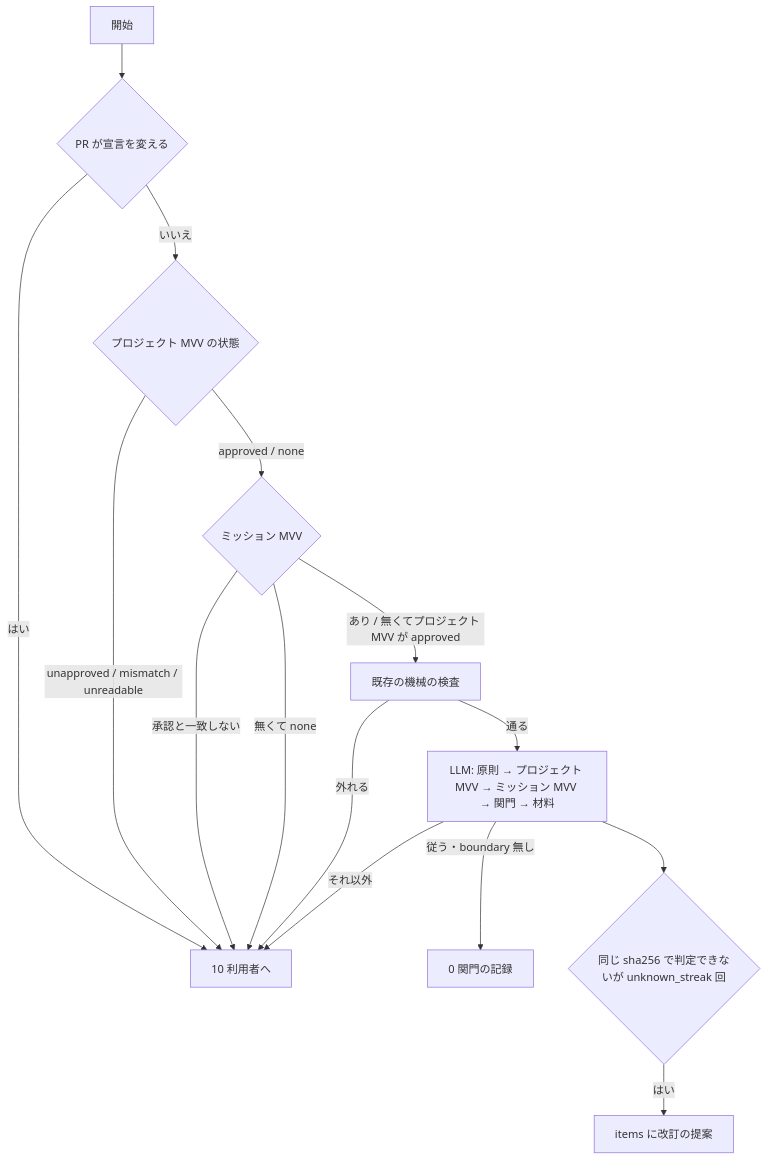
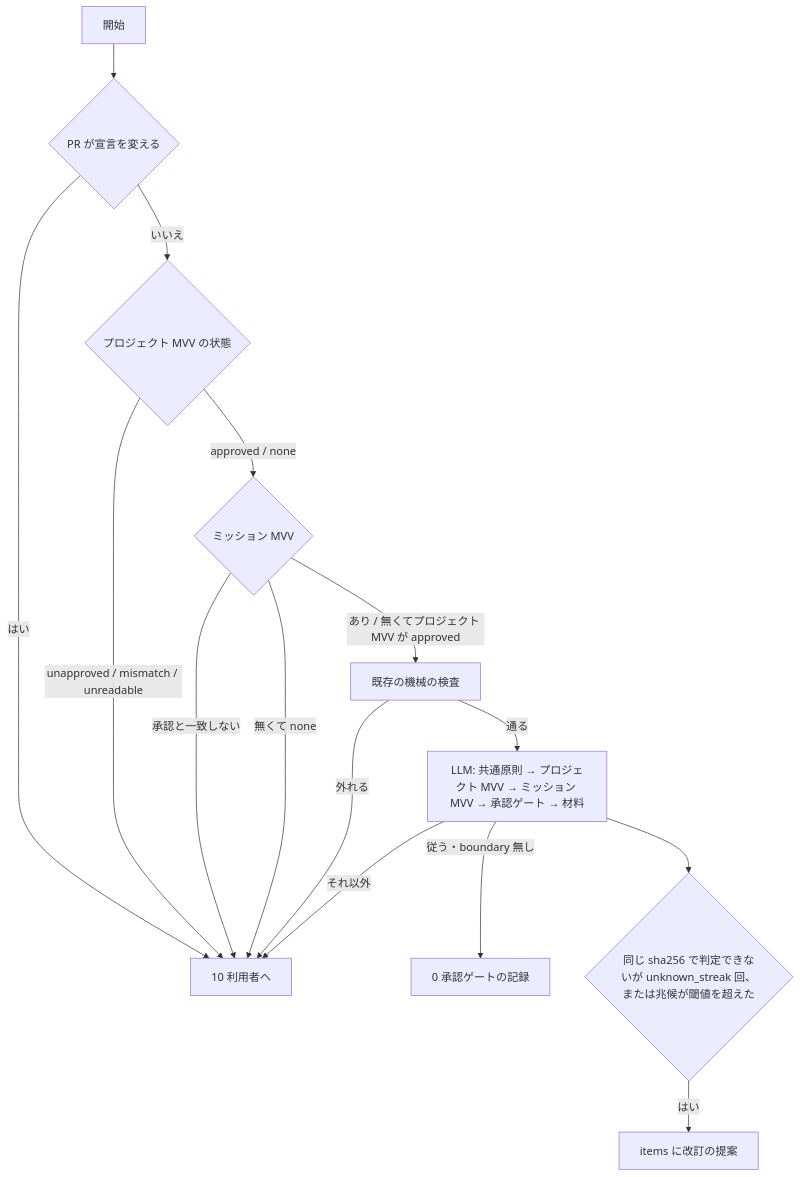
The fifth of 8 diagrams in issues/issue-1366-design.md (devbasex/ai-plugins), drawn with Mermaid before and after one commit. The commit also changed other lines of this file and 6 other files, not shown here.

````diff
--- a/issues/issue-1366-design.md
+++ b/issues/issue-1366-design.md
@@ -424,17 +452,17 @@
 ```mermaid
 graph TD
     A[開始] --> P{PR が宣言を変える}
     P -->|はい| X[10 利用者へ]
     P -->|いいえ| S{プロジェクト MVV の状態}
     S -->|unapproved / mismatch / unreadable| X
     S -->|approved / none| M{ミッション MVV}
     M -->|承認と一致しない| X
     M -->|あり / 無くてプロジェクト MVV が approved| B[既存の機械の検査]
     M -->|無くて none| X
     B -->|外れる| X
-    B -->|通る| L[LLM: 原則 → プロジェクト MVV → ミッション MVV → 関門 → 材料]
-    L -->|従う・boundary 無し| OK[0 関門の記録]
+    B -->|通る| L[LLM: 共通原則 → プロジェクト MVV → ミッション MVV → 承認ゲート → 材料]
+    L -->|従う・boundary 無し| OK[0 承認ゲートの記録]
     L -->|それ以外| X
-    L --> K{同じ sha256 で判定できないが unknown_streak 回}
+    L --> K{同じ sha256 で判定できないが unknown_streak 回、または兆候が閾値を超えた}
     K -->|はい| SUG[items に改訂の提案]
 ```
````
